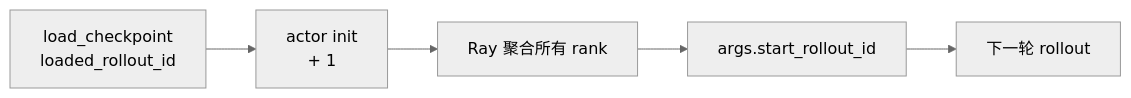
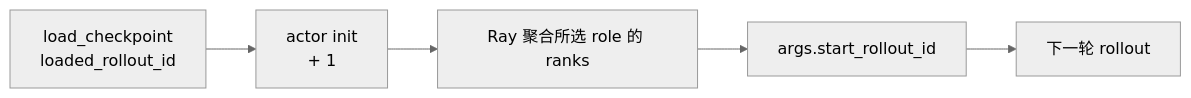
One commit to OnlyHero5/sglang-reading-vault changed the first of 2 diagrams in slime_reading/训练后端/Megatron-Actor初始化/Slime-Megatron-Actor初始化-核心概念.md. Above: the diagram before and after it, drawn with Mermaid (neutral theme). The commit also changed other lines of this file and 512 other files, not shown here.

````diff
--- a/slime_reading/训练后端/Megatron-Actor初始化/Slime-Megatron-Actor初始化-核心概念.md
+++ b/slime_reading/训练后端/Megatron-Actor初始化/Slime-Megatron-Actor初始化-核心概念.md
@@ -67,10 +69,10 @@
 ```mermaid
 flowchart LR
   A["load_checkpoint<br/>loaded_rollout_id"]
   B["actor init<br/>+ 1"]
-  C["Ray 聚合所有 rank"]
+  C["Ray 聚合所选 role 的 ranks"]
   D["args.start_rollout_id"]
   E["下一轮 rollout"]
 
   A --> B --> C --> D --> E
 ```
````
